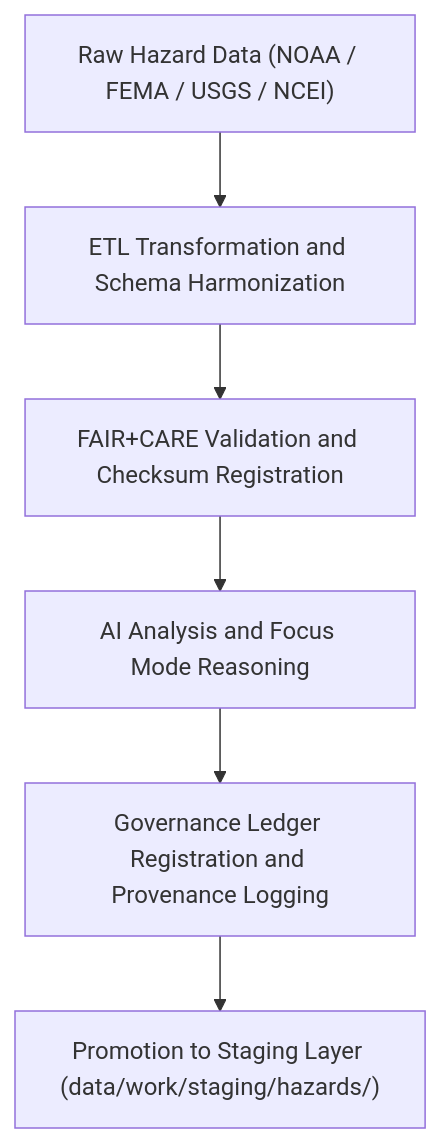
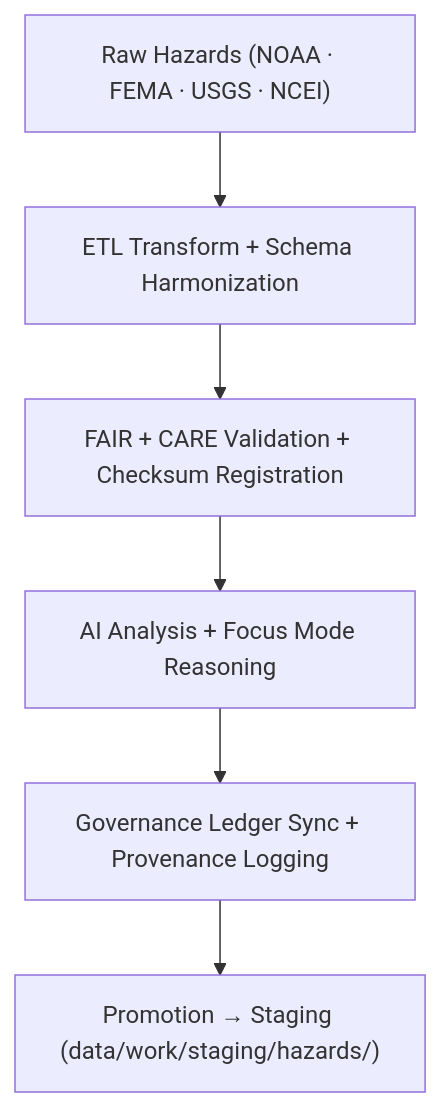
The diagram in data/work/tmp/hazards/README.md (bartytime4life/Kansas-Frontier-Matrix), drawn with Mermaid before and after one commit. The commit also changed other lines of this file, not shown here.

````diff
--- a/data/work/tmp/hazards/README.md
+++ b/data/work/tmp/hazards/README.md
@@ -95,8 +90,8 @@
 ```mermaid
 flowchart TD
-    A["Raw Hazard Data (NOAA / FEMA / USGS / NCEI)"] --> B["ETL Transformation and Schema Harmonization"]
-    B --> C["FAIR+CARE Validation and Checksum Registration"]
-    C --> D["AI Analysis and Focus Mode Reasoning"]
-    D --> E["Governance Ledger Registration and Provenance Logging"]
-    E --> F["Promotion to Staging Layer (data/work/staging/hazards/)"]
+    A["Raw Hazards (NOAA · FEMA · USGS · NCEI)"] --> B["ETL Transform + Schema Harmonization"]
+    B --> C["FAIR + CARE Validation + Checksum Registration"]
+    C --> D["AI Analysis + Focus Mode Reasoning"]
+    D --> E["Governance Ledger Sync + Provenance Logging"]
+    E --> F["Promotion → Staging (data/work/staging/hazards/)"]
 ```
````
